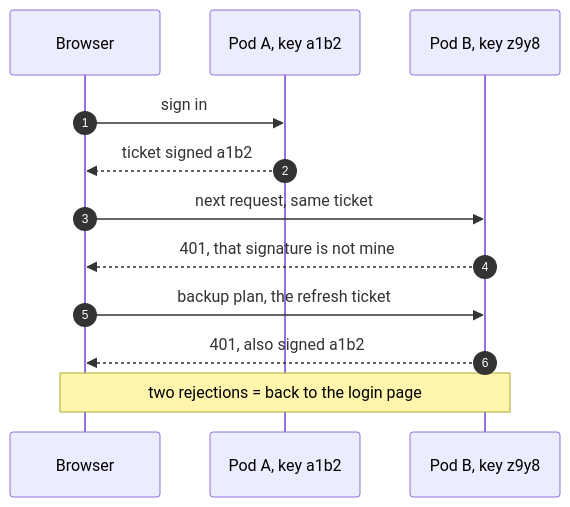
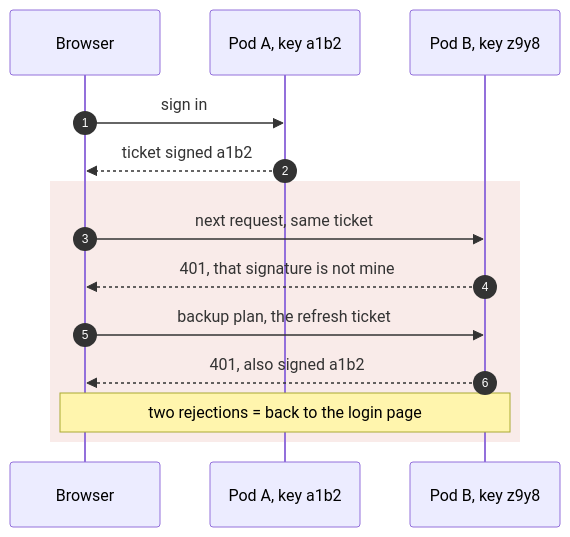
One commit to selvakumarperumal/Corporate_Filing_Analyzer_Agent changed the first of 15 diagrams in docs/TESTING-SCALING.md. Above: the diagram before and after it, drawn with Mermaid. The commit also changed other lines of this file, not shown here.

Commit message:
docs: style mermaid diagrams and add 'When it happens' context callouts across scaling test rows

````diff
--- a/docs/TESTING-SCALING.md
+++ b/docs/TESTING-SCALING.md
@@ -198,14 +220,16 @@
 ```mermaid
 sequenceDiagram
   autonumber
   participant U as Browser
   participant A as Pod A, key a1b2
   participant B as Pod B, key z9y8
   U->>A: sign in
   A-->>U: ticket signed a1b2
-  U->>B: next request, same ticket
-  B-->>U: 401, that signature is not mine
-  U->>B: backup plan, the refresh ticket
-  B-->>U: 401, also signed a1b2
-  Note over U,B: two rejections = back to the login page
+  rect rgba(192, 57, 43, 0.10)
+    U->>B: next request, same ticket
+    B-->>U: 401, that signature is not mine
+    U->>B: backup plan, the refresh ticket
+    B-->>U: 401, also signed a1b2
+    Note over U,B: two rejections = back to the login page
+  end
 ```
````
